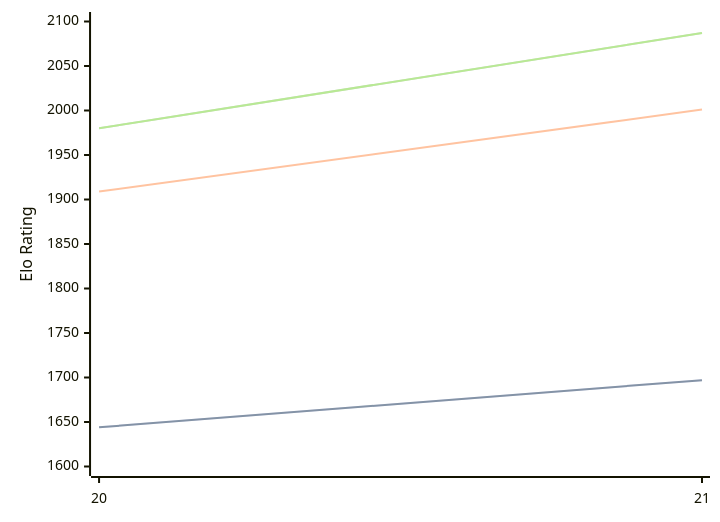
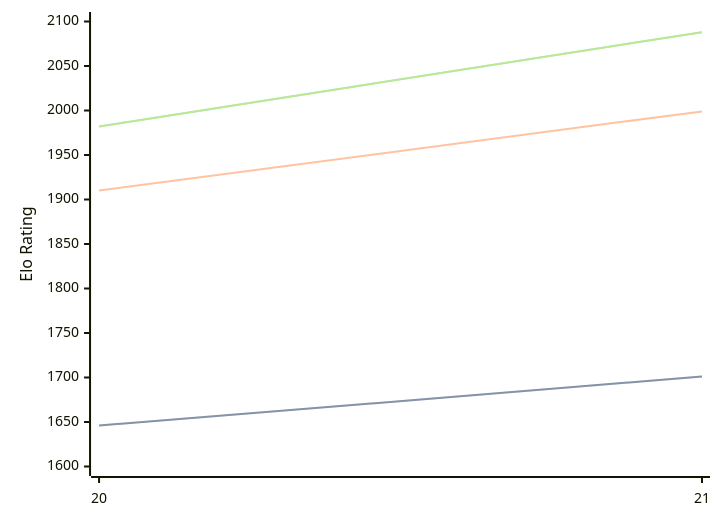
Before and after one commit to computer-chess-index/cci: the diagram in engines/PurplePanda.md, drawn with Mermaid. The commit also changed other lines of this file, not shown here.

Commit message:
Update CCI Ratings (ELO VLTC) - 2026-08-26

````diff
--- a/engines/PurplePanda.md
+++ b/engines/PurplePanda.md
@@ -32,11 +32,11 @@
 ```mermaid
 %%{init: {"theme":"base","themeVariables":{"seriesColors:['#a3a3a3','#222221','#faa371']}}}%%
 xychart-beta
   x-axis ["20", "21"]
   y-axis "Elo Rating" 1600 --> 2100
-  line "STC (8.0+0.08s)" [1644, 1697]
-  line "STC (8.0+0.08s)" [1644, 1697]
-  line "LTC (60.0+0.60s)" [1909, 2001]
-  line "VLTC (2m24s+1.12s)" [1980, 2087]
-  line "VLTC (2m24s+1.12s)" [1980, 2087]
+  line "STC (8.0+0.08s)" [1646, 1701]
+  line "STC (8.0+0.08s)" [1646, 1701]
+  line "LTC (60.0+0.60s)" [1910, 1999]
+  line "VLTC (2m24s+1.12s)" [1982, 2088]
+  line "VLTC (2m24s+1.12s)" [1982, 2088]
 ```
````
